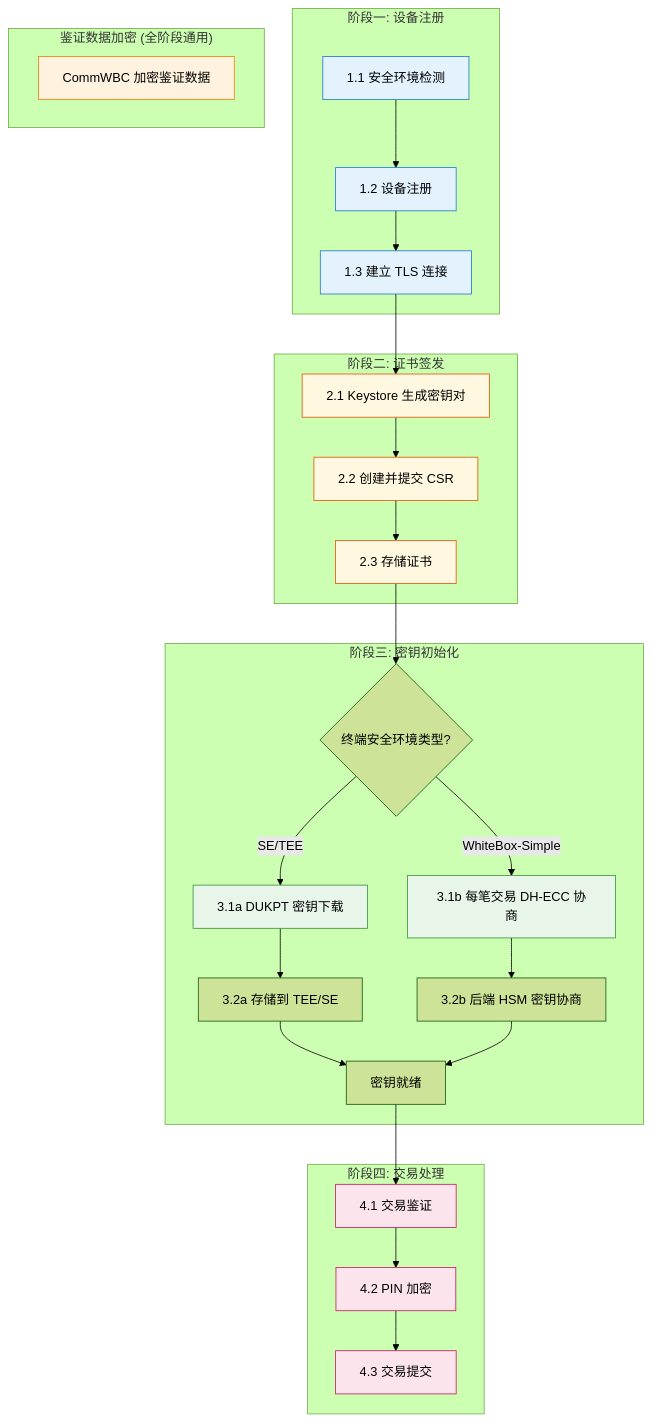
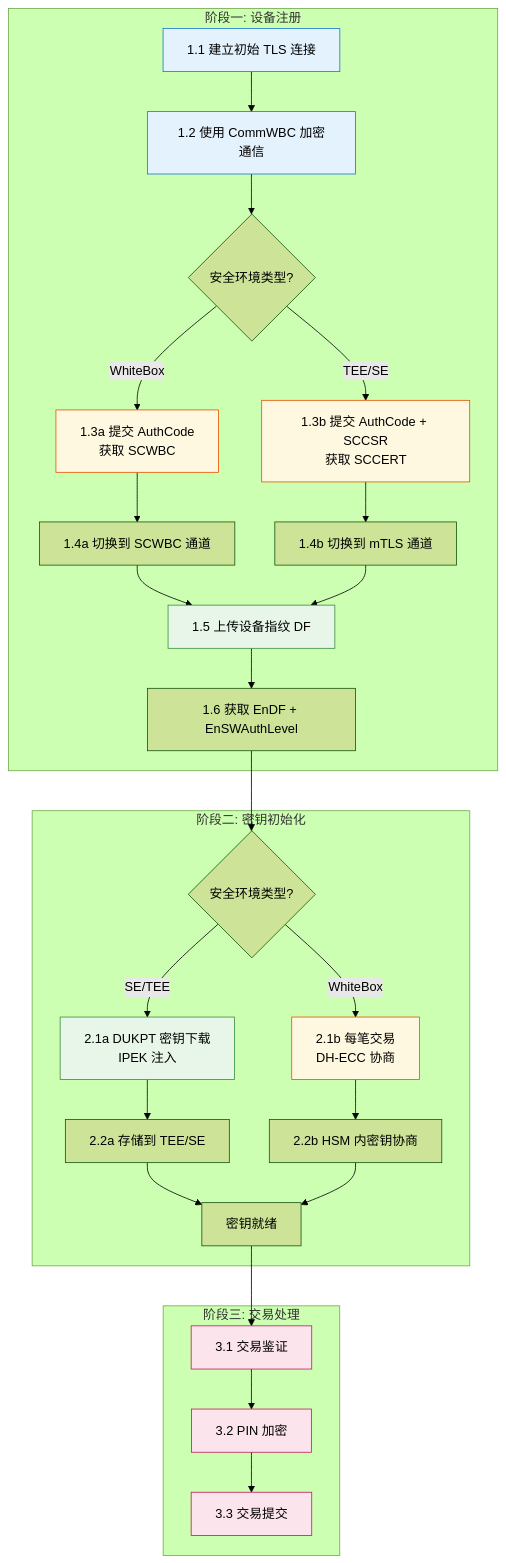
The third of 23 diagrams in solution/MPOC_SDK_API_GUIDE.md (kevinwangl/sunbay-softpos-docs), drawn with Mermaid (forest theme) before and after one commit. The commit also changed other lines of this file, not shown here.

````diff
--- a/solution/MPOC_SDK_API_GUIDE.md
+++ b/solution/MPOC_SDK_API_GUIDE.md
@@ -244,48 +268,43 @@
 ```mermaid
 flowchart TB
     subgraph "阶段一: 设备注册"
-        A1["1.1 安全环境检测"] --> A2["1.2 设备注册"]
-        A2 --> A3["1.3 建立 TLS 连接"]
+        A1["1.1 建立初始 TLS 连接"] --> A2["1.2 使用 CommWBC 加密通信"]
+        A2 --> A3{"安全环境类型?"}
+        A3 -->|WhiteBox| A4["1.3a 提交 AuthCode<br/>获取 SCWBC"]
+        A3 -->|TEE/SE| A5["1.3b 提交 AuthCode + SCCSR<br/>获取 SCCERT"]
+        A4 --> A6["1.4a 切换到 SCWBC 通道"]
+        A5 --> A7["1.4b 切换到 mTLS 通道"]
+        A6 --> A8["1.5 上传设备指纹 DF"]
+        A7 --> A8
+        A8 --> A9["1.6 获取 EnDF + EnSWAuthLevel"]
     end
     
-    subgraph "阶段二: 证书签发"
-        B1["2.1 Keystore 生成密钥对"] --> B2["2.2 创建并提交 CSR"]
-        B2 --> B3["2.3 存储证书"]
+    subgraph "阶段二: 密钥初始化"
+        B1{"安全环境类型?"}
+        B1 -->|SE/TEE| B2["2.1a DUKPT 密钥下载<br/>IPEK 注入"]
+        B1 -->|WhiteBox| B3["2.1b 每笔交易<br/>DH-ECC 协商"]
+        B2 --> B4["2.2a 存储到 TEE/SE"]
+        B3 --> B5["2.2b HSM 内密钥协商"]
+        B4 --> B6["密钥就绪"]
+        B5 --> B6
     end
     
-    subgraph "阶段三: 密钥初始化"
-        C1{"终端安全环境类型?"}
-        C1 -->|SE/TEE| C2["3.1a DUKPT 密钥下载"]
-        C1 -->|WhiteBox-Simple| C4["3.1b 每笔交易 DH-ECC 协商"]
-        C2 --> C5["3.2a 存储到 TEE/SE"]
-        C4 --> C7["3.2b 后端 HSM 密钥协商"]
-        C5 --> C8["密钥就绪"]
-        C7 --> C8
+    subgraph "阶段三: 交易处理"
+        C1["3.1 交易鉴证"] --> C2["3.2 PIN 加密"]
+        C2 --> C3["3.3 交易提交"]
     end
     
-    subgraph "阶段四: 交易处理"
-        D1["4.1 交易鉴证"] --> D2["4.2 PIN 加密"]
-        D2 --> D3["4.3 交易提交"]
-    end
-    
-    subgraph "鉴证数据加密 (全阶段通用)"
-        G["CommWBC 加密鉴证数据"]
-    end
-    
-    A3 --> B1
-    B3 --> C1
-    C8 --> D1
+    A9 --> B1
+    B6 --> C1
     
     style A1 fill:#e3f2fd,stroke:#1976d2
     style A2 fill:#e3f2fd,stroke:#1976d2
-    style A3 fill:#e3f2fd,stroke:#1976d2
-    style B1 fill:#fff8e1,stroke:#e65100
-    style B2 fill:#fff8e1,stroke:#e65100
+    style A4 fill:#fff8e1,stroke:#e65100
+    style A5 fill:#fff8e1,stroke:#e65100
+    style A8 fill:#e8f5e9,stroke:#388e3c
+    style B2 fill:#e8f5e9,stroke:#388e3c
     style B3 fill:#fff8e1,stroke:#e65100
-    style C2 fill:#e8f5e9,stroke:#388e3c
-    style C4 fill:#e8f5e9,stroke:#388e3c
-    style D1 fill:#fce4ec,stroke:#c2185b
-    style D2 fill:#fce4ec,stroke:#c2185b
-    style D3 fill:#fce4ec,stroke:#c2185b
-    style G fill:#fff3e0,stroke:#f57c00
+    style C1 fill:#fce4ec,stroke:#c2185b
+    style C2 fill:#fce4ec,stroke:#c2185b
+    style C3 fill:#fce4ec,stroke:#c2185b
 ```
````
